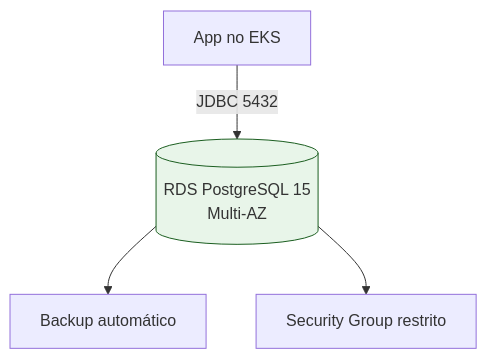
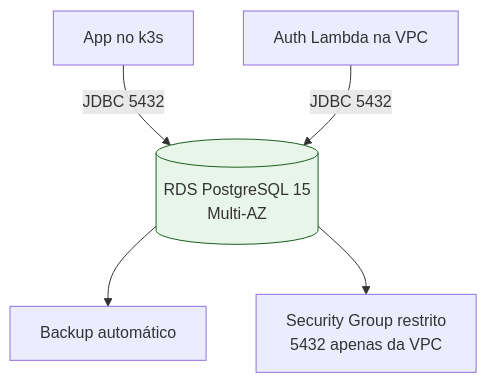
The diagram in README.md (rtmaraujo/tc-oficina-infra-db), drawn with Mermaid before and after one commit. The commit also changed other lines of this file, not shown here.

Commit message:
docs: README refletindo VPC k3s e diagrama corrigido

````diff
--- a/README.md
+++ b/README.md
@@ -66,8 +66,9 @@
 ```mermaid
 flowchart TB
-  APP[App no EKS] -->|JDBC 5432| RDS[(RDS PostgreSQL 15<br/>Multi-AZ)]
+  APP[App no k3s] -->|JDBC 5432| RDS[(RDS PostgreSQL 15<br/>Multi-AZ)]
+  LAMBDA[Auth Lambda na VPC] -->|JDBC 5432| RDS
   RDS --> SNAPSHOT[Backup automático]
-  RDS --> SG[Security Group restrito]
+  RDS --> SG[Security Group restrito<br/>5432 apenas da VPC]
 
   style RDS fill:#e8f5e9,stroke:#1b5e20
 ```
````
